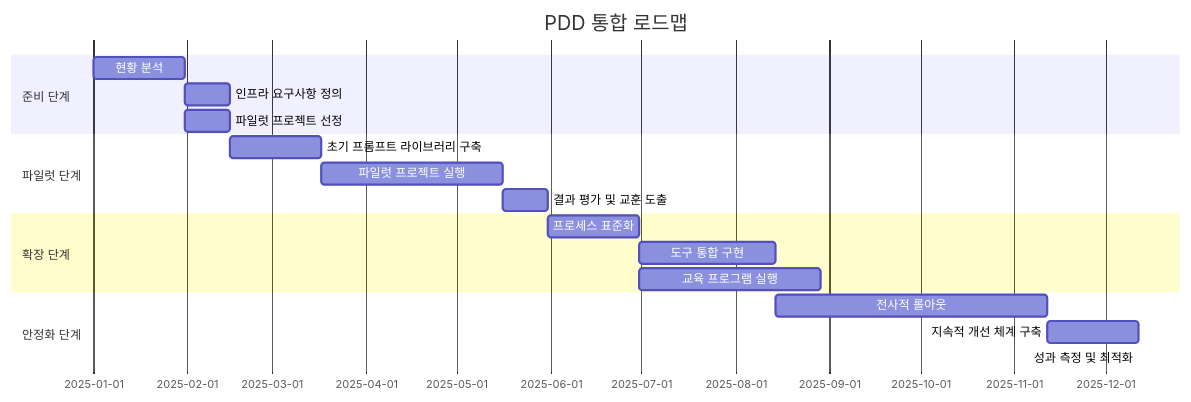
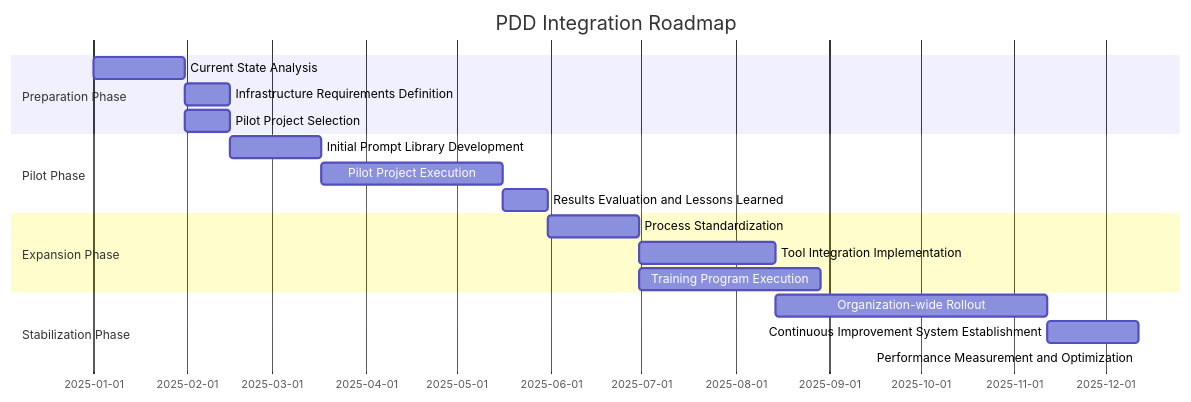
One commit to bbalganjjm/prompt-driven-development changed the second of 6 diagrams in 8.prompt-driven-development-methodology-considerations.md. Above: the diagram before and after it, drawn with Mermaid. The commit also changed other lines of this file and 3 other files, not shown here.

Commit message:
Refactor PDD documentation to enhance clarity and structure; translate sections to English, update table of contents, and improve integration framework details.

````diff
--- a/8.prompt-driven-development-methodology-considerations.md
+++ b/8.prompt-driven-development-methodology-considerations.md
@@ -117,25 +104,25 @@
 ```mermaid
 gantt
-    title PDD 통합 로드맵
+    title PDD Integration Roadmap
     dateFormat  YYYY-MM-DD
     
-    section 준비 단계
-    현황 분석                      :a1, 2025-01-01, 30d
-    인프라 요구사항 정의             :a2, after a1, 15d
-    파일럿 프로젝트 선정             :a3, after a1, 15d
+    section Preparation Phase
+    Current State Analysis             :a1, 2025-01-01, 30d
+    Infrastructure Requirements Definition :a2, after a1, 15d
+    Pilot Project Selection             :a3, after a1, 15d
     
-    section 파일럿 단계
-    초기 프롬프트 라이브러리 구축     :b1, after a3, 30d
-    파일럿 프로젝트 실행             :b2, after b1, 60d
-    결과 평가 및 교훈 도출           :b3, after b2, 15d
+    section Pilot Phase
+    Initial Prompt Library Development   :b1, after a3, 30d
+    Pilot Project Execution             :b2, after b1, 60d
+    Results Evaluation and Lessons Learned :b3, after b2, 15d
     
-    section 확장 단계
-    프로세스 표준화                 :c1, after b3, 30d
-    도구 통합 구현                  :c2, after c1, 45d
-    교육 프로그램 실행               :c3, after c1, 60d
+    section Expansion Phase
+    Process Standardization             :c1, after b3, 30d
+    Tool Integration Implementation      :c2, after c1, 45d
+    Training Program Execution          :c3, after c1, 60d
     
-    section 안정화 단계
-    전사적 롤아웃                   :d1, after c2, 90d
-    지속적 개선 체계 구축            :d2, after d1, 30d
-    성과 측정 및 최적화             :d3, after d2, ongoing
+    section Stabilization Phase
+    Organization-wide Rollout           :d1, after c2, 90d
+    Continuous Improvement System Establishment :d2, after d1, 30d
+    Performance Measurement and Optimization             :d3, after d2, ongoing
 ```
````
